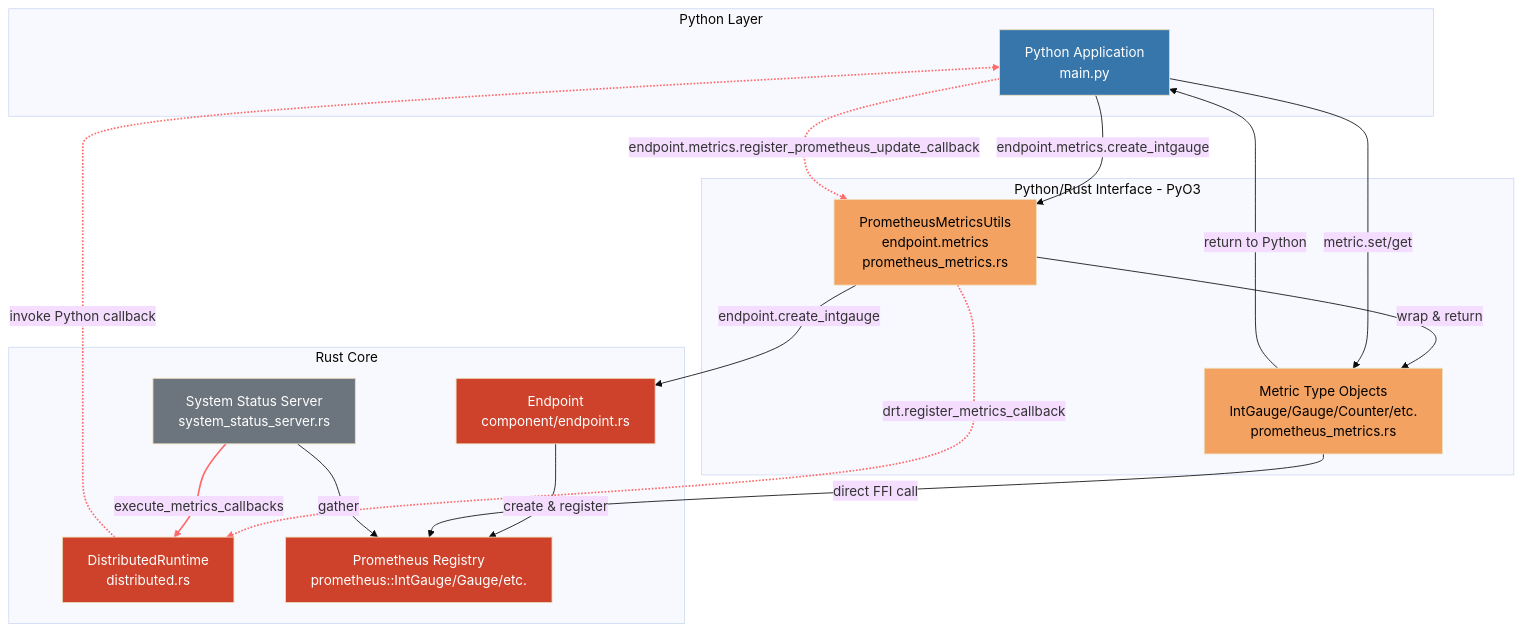
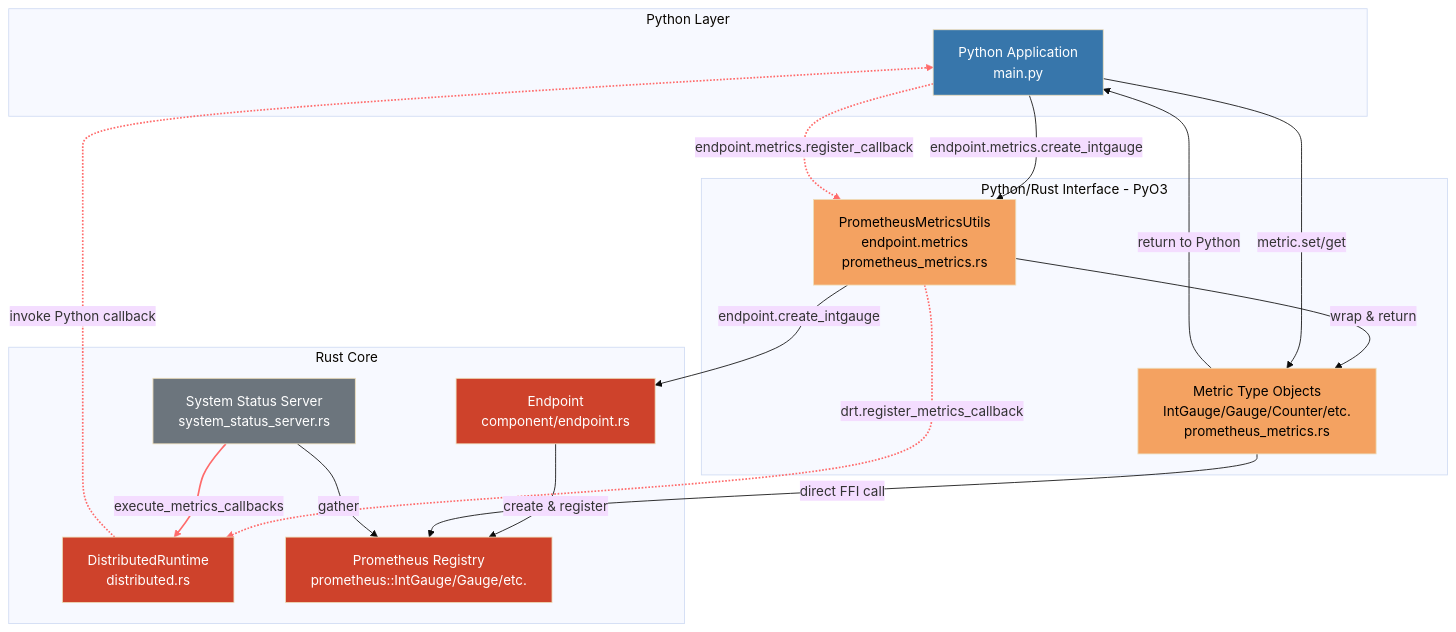
The second of 2 diagrams in lib/bindings/python/examples/metrics/README.md (ai-dynamo/dynamo), drawn with Mermaid (base theme) before and after one commit. The commit also changed other lines of this file and 15 other files, not shown here.

First line of the commit message:
simplify prometheus metrics passthrough and refactor engine config checks

````diff
--- a/lib/bindings/python/examples/metrics/README.md
+++ b/lib/bindings/python/examples/metrics/README.md
@@ -326,43 +326,43 @@
 ```mermaid
 graph TD
     subgraph Python["Python Layer"]
         PY[Python Application<br/>main.py]
         style PY fill:#3776ab,color:#fff
     end
 
     subgraph PyO3["Python/Rust Interface - PyO3"]
         PM[PrometheusMetricsUtils<br/>endpoint.metrics<br/>prometheus_metrics.rs]
         MT[Metric Type Objects<br/>IntGauge/Gauge/Counter/etc.<br/>prometheus_metrics.rs]
         style PM fill:#f4a261,color:#000
         style MT fill:#f4a261,color:#000
     end
 
     subgraph Rust["Rust Core"]
         EP[Endpoint<br/>component/endpoint.rs]
         DRT[DistributedRuntime<br/>distributed.rs]
         PROM["Prometheus Registry<br/>prometheus::IntGauge/Gauge/etc."]
         SS[System Status Server<br/>system_status_server.rs]
         style EP fill:#ce422b,color:#fff
         style DRT fill:#ce422b,color:#fff
         style PROM fill:#ce422b,color:#fff
         style SS fill:#6c757d,color:#fff
     end
 
     PY -->|endpoint.metrics.create_intgauge| PM
     PM -->|endpoint.create_intgauge| EP
     EP -->|create & register| PROM
     PM -->|wrap & return| MT
     MT -->|return to Python| PY
     PY -->|metric.set/get| MT
     MT -->|direct FFI call| PROM
-    PY -.->|endpoint.metrics.register_prometheus_update_callback| PM
+    PY -.->|endpoint.metrics.register_callback| PM
     PM -.->|drt.register_metrics_callback| DRT
     SS ==>|execute_metrics_callbacks| DRT
     DRT -.->|invoke Python callback| PY
     SS -->|gather| PROM
 
     linkStyle 7 stroke:#ff6b6b,stroke-width:2px
     linkStyle 8 stroke:#ff6b6b,stroke-width:2px
     linkStyle 9 stroke:#ff6b6b,stroke-width:2px
     linkStyle 10 stroke:#ff6b6b,stroke-width:2px
 ```
````
